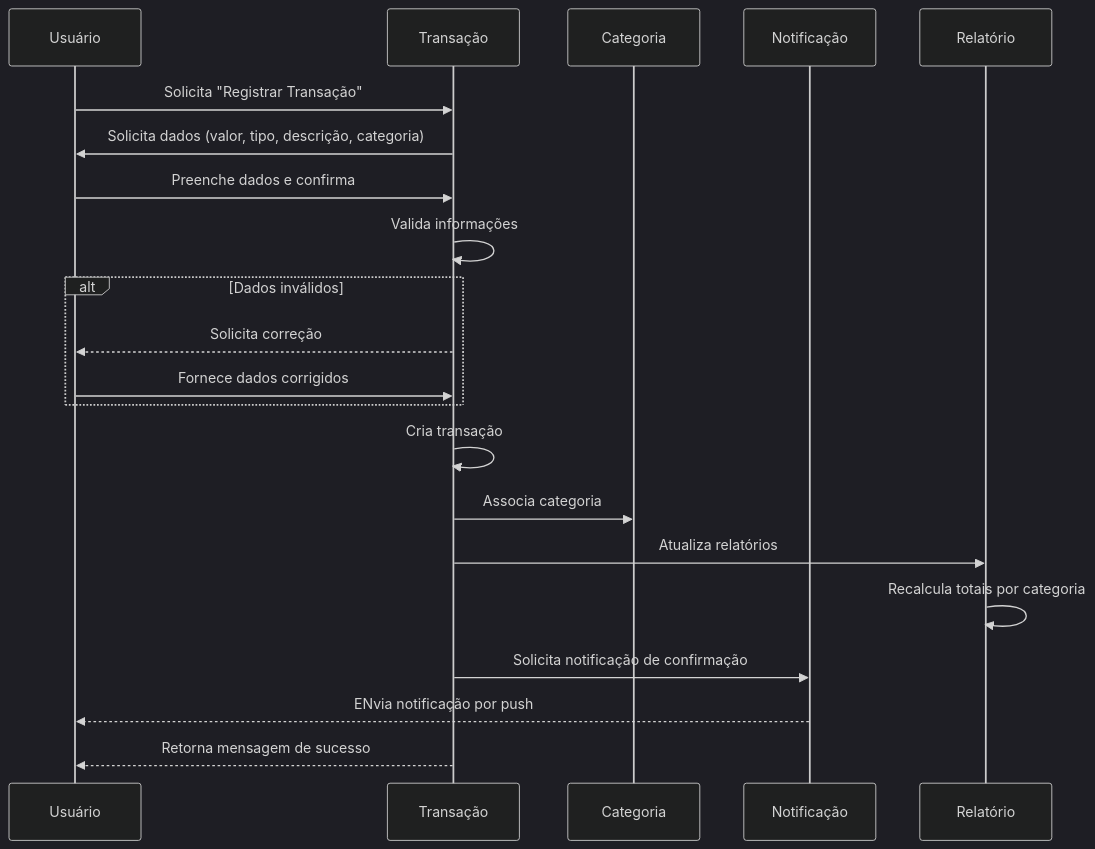
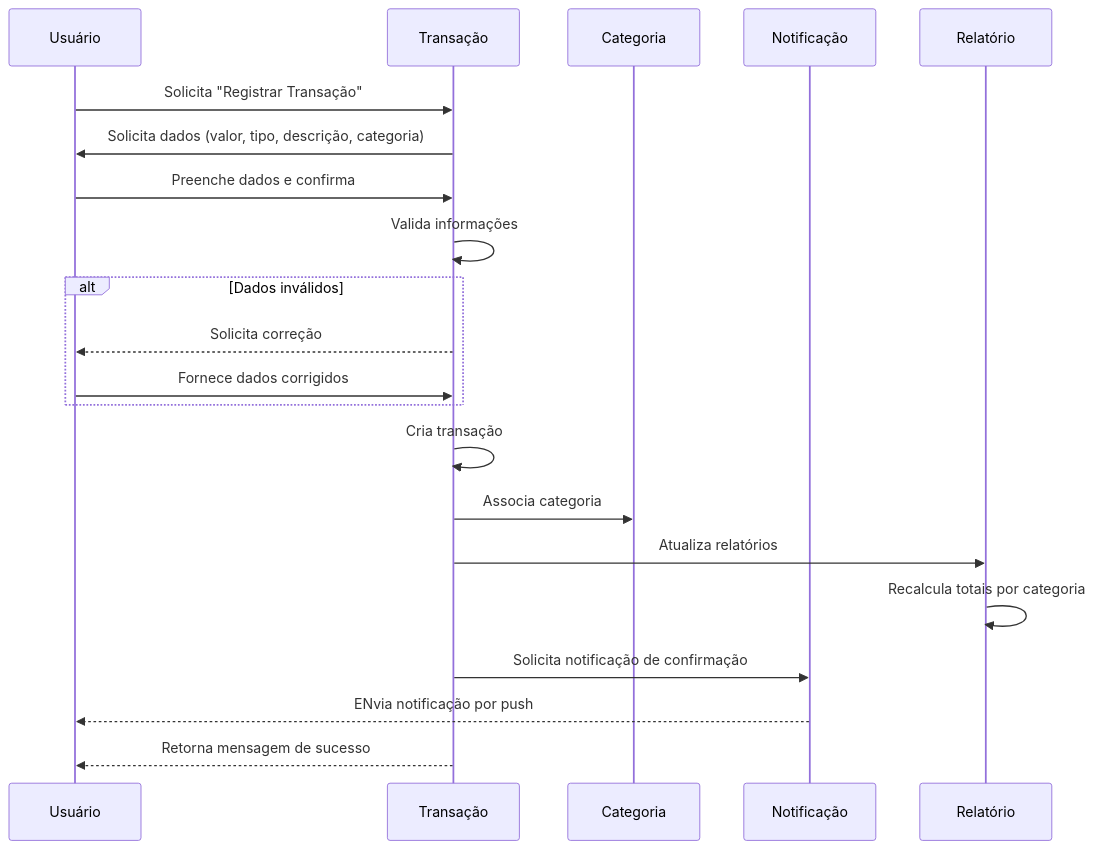
One commit to jvgfons/FinanceFlow-PDSI-IFSP changed the diagram in src/sequencia.mmd. Above: the diagram before and after it, drawn with Mermaid. The commit also changed other lines of this file, not shown here.

```diff
--- a/src/sequencia.mmd
+++ b/src/sequencia.mmd
@@ -1,25 +1,21 @@
----
-config:
-  theme: dark
----
 sequenceDiagram
         participant Usuário
         participant Transação
         participant Categoria
         participant Notificação
         participant Relatório
         Usuário ->> Transação: Solicita "Registrar Transação"
         Transação ->> Usuário: Solicita dados (valor, tipo, descrição, categoria)
         Usuário ->> Transação: Preenche dados e confirma
         Transação ->> Transação: Valida informações
         alt Dados inválidos
             Transação -->> Usuário: Solicita correção
             Usuário ->> Transação: Fornece dados corrigidos
         end
         Transação ->> Transação: Cria transação
         Transação ->> Categoria: Associa categoria
         Transação ->> Relatório: Atualiza relatórios
         Relatório ->> Relatório: Recalcula totais por categoria
         Transação ->> Notificação: Solicita notificação de confirmação
         Notificação -->> Usuário: ENvia notificação por push
         Transação -->> Usuário: Retorna mensagem de sucesso
```
